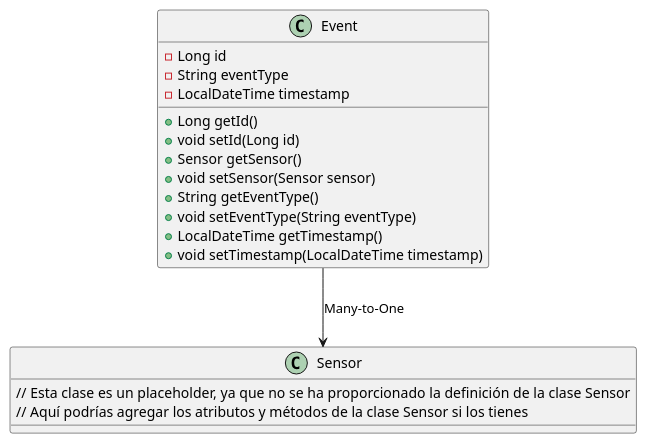
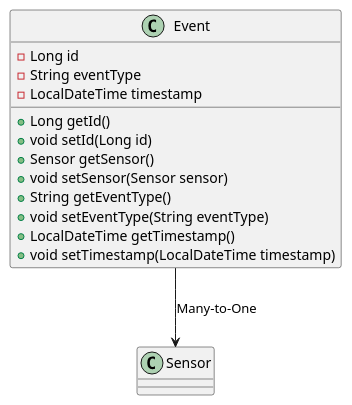
The diagram in security-system/src/main/java/com/starkindustries/security_system/arquitecturas/model/Event.puml (pablobarbosaojeda/StarkSecuritySystem), drawn with PlantUML before and after one commit.

Commit message:
diagrama UML clase Event

```diff
--- a/security-system/src/main/java/com/starkindustries/security_system/arquitecturas/model/Event.puml
+++ b/security-system/src/main/java/com/starkindustries/security_system/arquitecturas/model/Event.puml
@@ -1,25 +1,21 @@
 @startuml {
 
     class Event {
         - Long id
         - String eventType
         - LocalDateTime timestamp
+
         + Long getId()
         + void setId(Long id)
         + Sensor getSensor()
         + void setSensor(Sensor sensor)
         + String getEventType()
         + void setEventType(String eventType)
         + LocalDateTime getTimestamp()
         + void setTimestamp(LocalDateTime timestamp)
     }
 
-    class Sensor {
-        // Esta clase es un placeholder, ya que no se ha proporcionado la definición de la clase Sensor
-        // Aquí podrías agregar los atributos y métodos de la clase Sensor si los tienes
-    }
-
     Event --> Sensor : Many-to-One
 }
 
 @enduml
```
